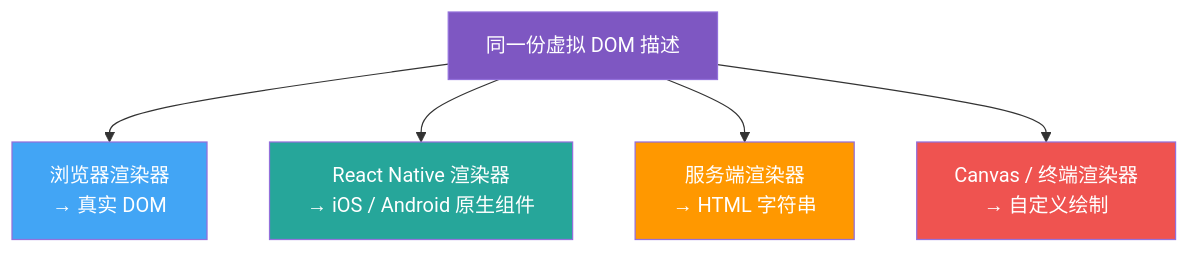
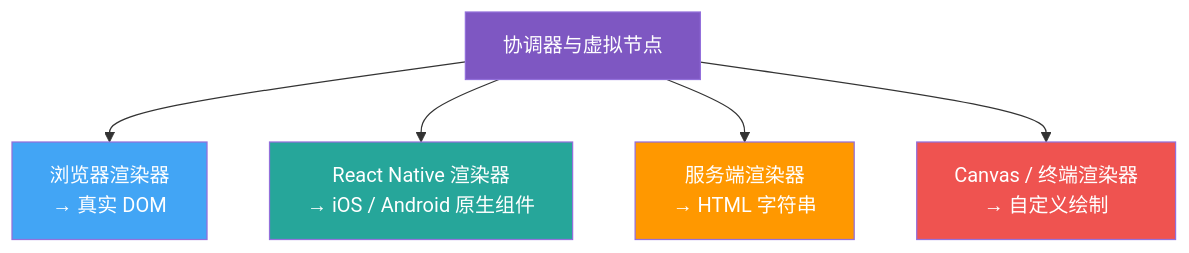
The second of 3 diagrams in _posts/2026-07-16-virtual-dom.md (weng235/weng235.github.io), drawn with Mermaid before and after one commit. The commit also changed other lines of this file and 4 other files, not shown here.

````diff
--- a/_posts/2026-07-16-virtual-dom.md
+++ b/_posts/2026-07-16-virtual-dom.md
@@ -95,13 +96,13 @@
 ```mermaid
 graph TB
-    VDOM[同一份虚拟 DOM 描述] --> R1[浏览器渲染器<br/>→ 真实 DOM]
+    VDOM[协调器与虚拟节点] --> R1[浏览器渲染器<br/>→ 真实 DOM]
     VDOM --> R2[React Native 渲染器<br/>→ iOS / Android 原生组件]
     VDOM --> R3[服务端渲染器<br/>→ HTML 字符串]
     VDOM --> R4[Canvas / 终端渲染器<br/>→ 自定义绘制]
 
     style VDOM fill:#7E57C2,color:#fff
     style R1 fill:#42A5F5,color:#fff
     style R2 fill:#26A69A,color:#fff
     style R3 fill:#FF9800,color:#fff
     style R4 fill:#EF5350,color:#fff
 ```
````
